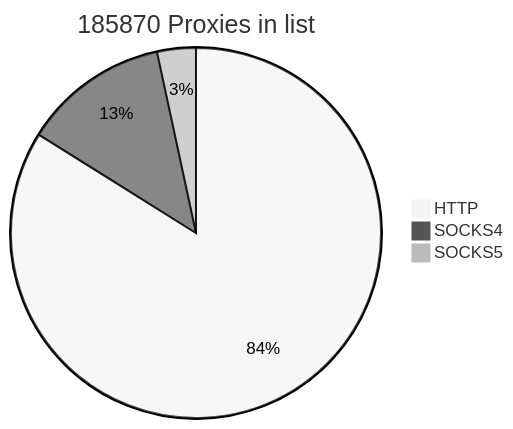
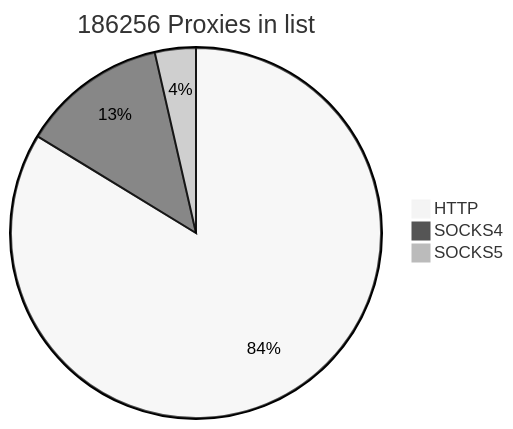
One commit to cutipu/proxylist changed the first of 2 diagrams in README.md. Above: the diagram before and after it, drawn with Mermaid (neutral theme). The commit also changed other lines of this file, not shown here.

````diff
--- a/README.md
+++ b/README.md
@@ -2,7 +2,7 @@
 ```mermaid
-pie title 185870 Proxies in list
+pie title 186256 Proxies in list
     "HTTP" : 155945
     "SOCKS4" : 23649
-    "SOCKS5" : 6276
+    "SOCKS5" : 6662
             
 ```
````
